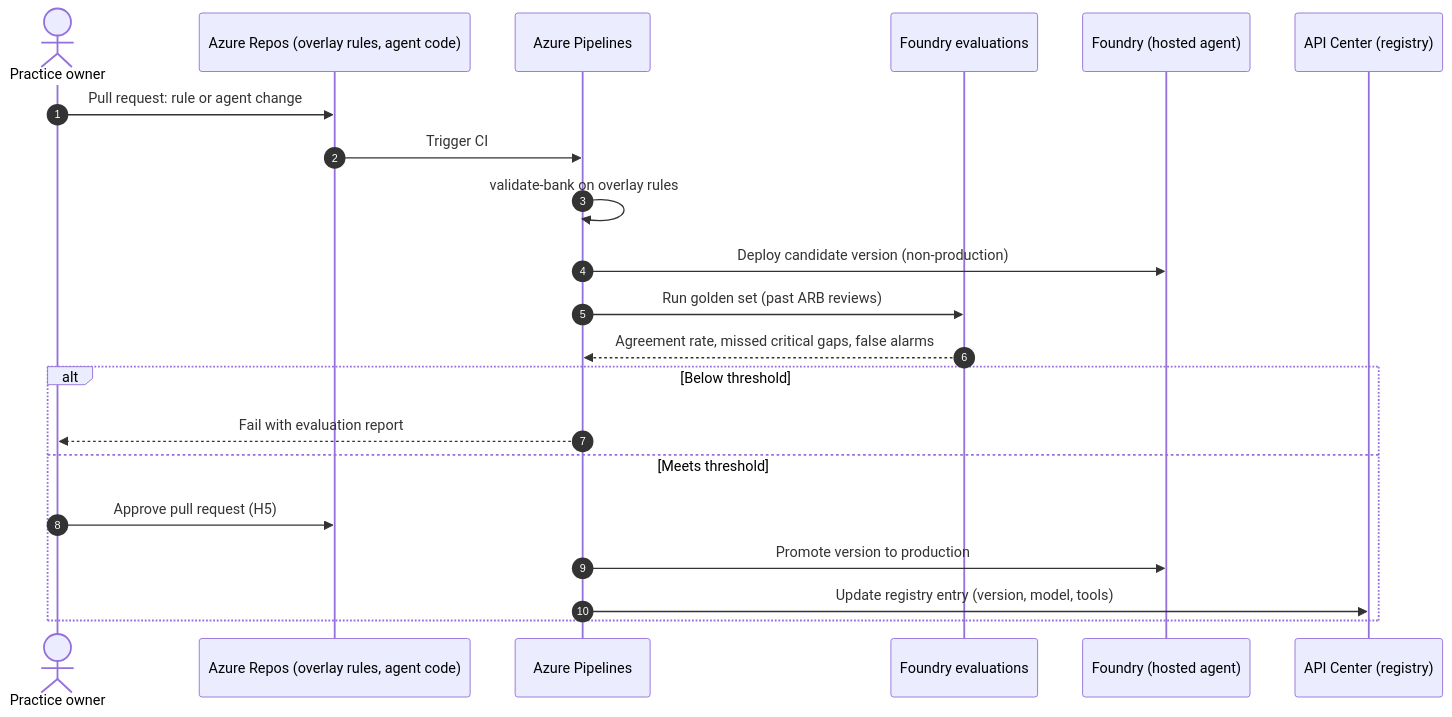
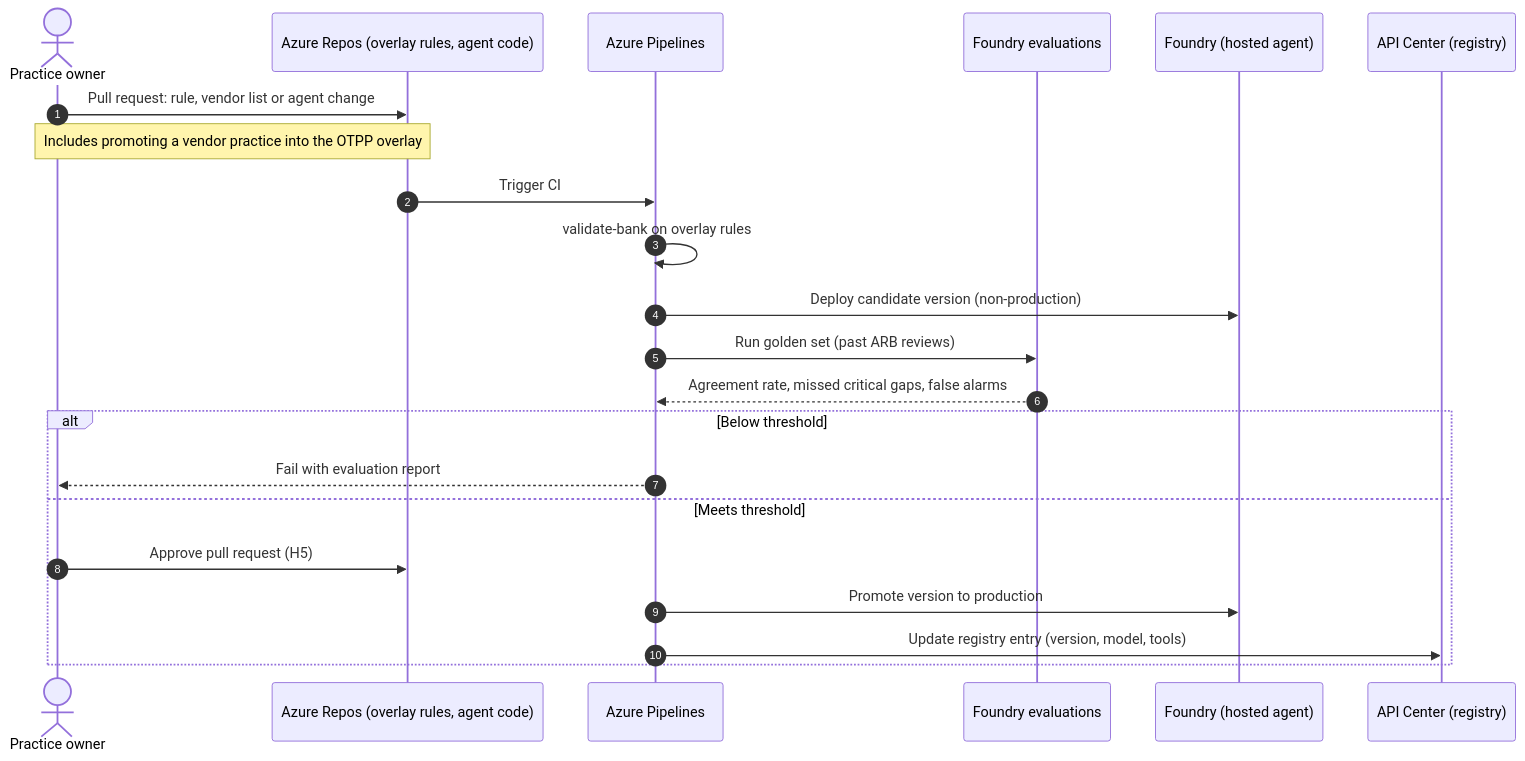
One commit to itsamitkr/arb-agent-design changed the seventh of 8 diagrams in ARB-Agent-Technical-Design.md. Above: the diagram before and after it, drawn with Mermaid. The commit also changed other lines of this file and 2 other files, not shown here.

````diff
--- a/ARB-Agent-Technical-Design.md
+++ b/ARB-Agent-Technical-Design.md
@@ -474,24 +630,25 @@
 ```mermaid
 sequenceDiagram
     autonumber
     actor PO as Practice owner
     participant RP as Azure Repos (overlay rules, agent code)
     participant PL as Azure Pipelines
     participant EV as Foundry evaluations
     participant FA as Foundry (hosted agent)
     participant AC as API Center (registry)
 
-    PO->>RP: Pull request: rule or agent change
+    PO->>RP: Pull request: rule, vendor list or agent change
+    Note over PO,RP: Includes promoting a vendor practice into the OTPP overlay
     RP->>PL: Trigger CI
     PL->>PL: validate-bank on overlay rules
     PL->>FA: Deploy candidate version (non-production)
     PL->>EV: Run golden set (past ARB reviews)
     EV-->>PL: Agreement rate, missed critical gaps, false alarms
     alt Below threshold
         PL-->>PO: Fail with evaluation report
     else Meets threshold
         PO->>RP: Approve pull request (H5)
         PL->>FA: Promote version to production
         PL->>AC: Update registry entry (version, model, tools)
     end
 ```
````
